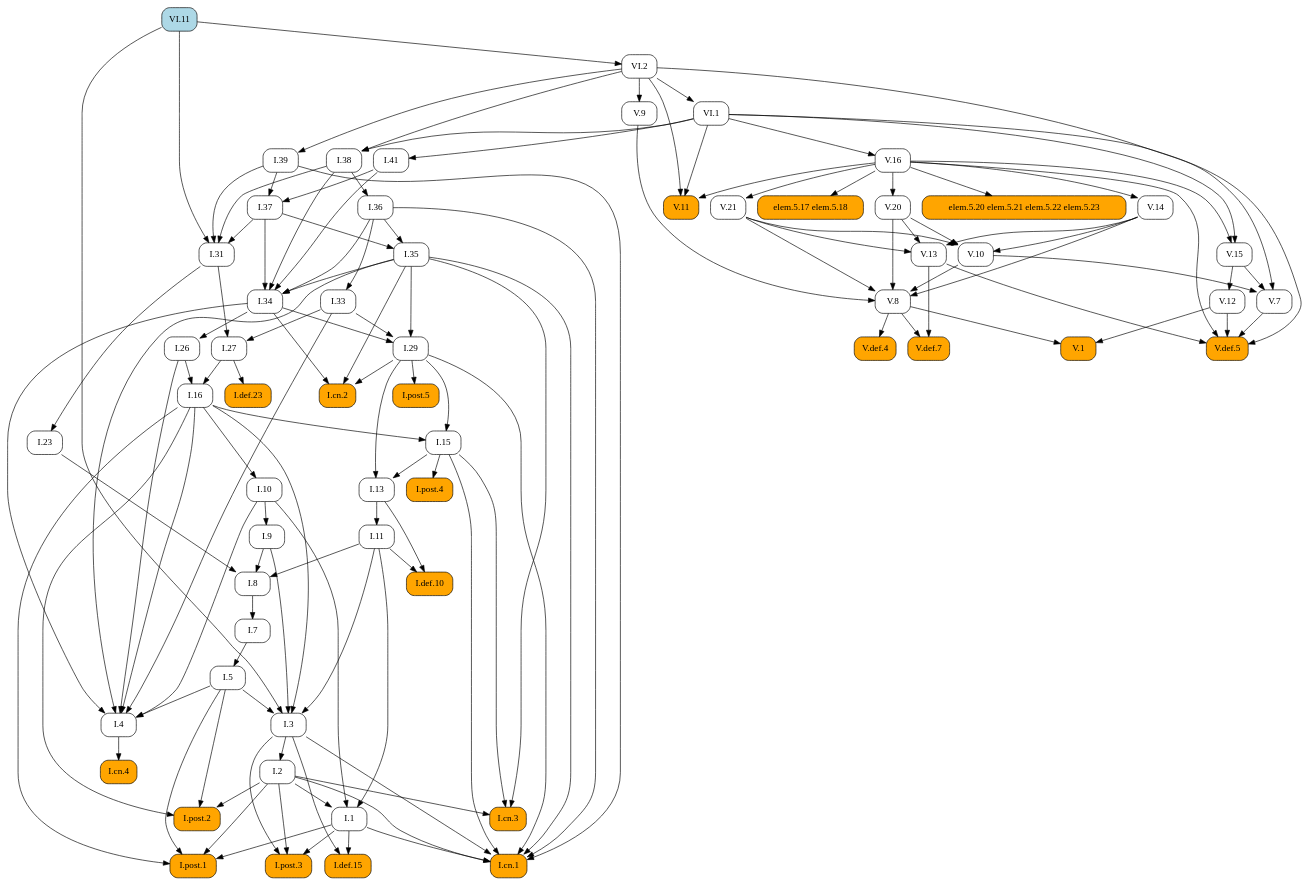
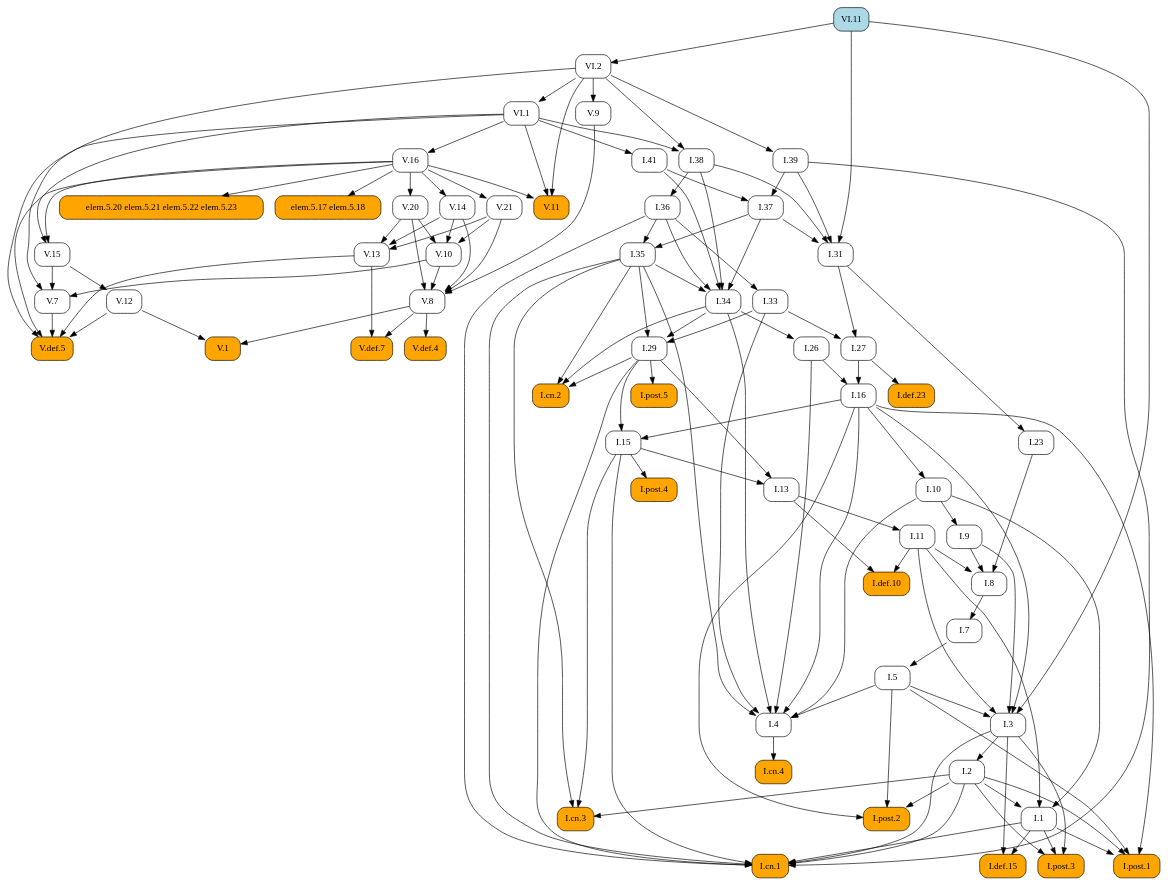
The diagram in docsrc/elements2/VI/11/index.rst (geometor/elements), drawn with Graphviz before and after one commit. The commit also changed other lines of this file and 409 other files, not shown here.

First line of the commit message:
feat: Add image cropping and graphic extraction script

```diff
--- a/docsrc/elements2/VI/11/index.rst
+++ b/docsrc/elements2/VI/11/index.rst
@@ -37,137 +37,92 @@
    digraph {
      rankdir="TB";
      node [shape=box, style=rounded];
+     "I.37" [URL="/elements2/I/37/", target="_top"];
+     "V.21" [URL="/elements2/V/21/", target="_top"];
+     "I.31" [URL="/elements2/I/31/", target="_top"];
+     "I.41" [URL="/elements2/I/41/", target="_top"];
      "I.8" [URL="/elements2/I/8/", target="_top"];
+     "V.10" [URL="/elements2/V/10/", target="_top"];
+     "V.8" [URL="/elements2/V/8/", target="_top"];
+     "VI.1" [URL="/elements2/VI/1/", target="_top"];
+     "I.15" [URL="/elements2/I/15/", target="_top"];
+     "I.5" [URL="/elements2/I/5/", target="_top"];
+     "V.def.7" [style="rounded,filled", fillcolor=orange, URL="/elements2/V/def.7/", target="_top"];
+     "V.12" [URL="/elements2/V/12/", target="_top"];
+     "I.26" [URL="/elements2/I/26/", target="_top"];
+     "I.cn.1" [style="rounded,filled", fillcolor=orange, URL="/elements2/I/cn.1/", target="_top"];
+     "elem.5.20 elem.5.21 elem.5.22 elem.5.23" [style="rounded,filled", fillcolor=orange];
+     "VI.11" [style="rounded,filled", fillcolor=lightblue, URL="/elements2/VI/11/", target="_top"];
+     "I.7" [URL="/elements2/I/7/", target="_top"];
+     "V.def.5" [style="rounded,filled", fillcolor=orange, URL="/elements2/V/def.5/", target="_top"];
+     "I.23" [URL="/elements2/I/23/", target="_top"];
+     "I.16" [URL="/elements2/I/16/", target="_top"];
+     "V.9" [URL="/elements2/V/9/", target="_top"];
+     "I.34" [URL="/elements2/I/34/", target="_top"];
+     "I.35" [URL="/elements2/I/35/", target="_top"];
+     "I.33" [URL="/elements2/I/33/", target="_top"];
+     "V.15" [URL="/elements2/V/15/", target="_top"];
+     "V.14" [URL="/elements2/V/14/", target="_top"];
+     "I.def.15" [style="rounded,filled", fillcolor=orange, URL="/elements2/I/def.15/", target="_top"];
+     "elem.5.17 elem.5.18" [style="rounded,filled", fillcolor=orange];
+     "I.38" [URL="/elements2/I/38/", target="_top"];
      "V.20" [URL="/elements2/V/20/", target="_top"];
+     "I.def.23" [style="rounded,filled", fillcolor=orange, URL="/elements2/I/def.23/", target="_top"];
+     "I.post.4" [style="rounded,filled", fillcolor=orange, URL="/elements2/I/post.4/", target="_top"];
+     "V.16" [URL="/elements2/V/16/", target="_top"];
+     "I.11" [URL="/elements2/I/11/", target="_top"];
+     "I.post.5" [style="rounded,filled", fillcolor=orange, URL="/elements2/I/post.5/", target="_top"];
+     "I.def.10" [style="rounded,filled", fillcolor=orange, URL="/elements2/I/def.10/", target="_top"];
+     "I.3" [URL="/elements2/I/3/", target="_top"];
+     "I.10" [URL="/elements2/I/10/", target="_top"];
+     "V.11" [style="rounded,filled", fillcolor=orange, URL="/elements2/V/11/", target="_top"];
+     "I.cn.3" [style="rounded,filled", fillcolor=orange, URL="/elements2/I/cn.3/", target="_top"];
+     "I.13" [URL="/elements2/I/13/", target="_top"];
+     "I.post.3" [style="rounded,filled", fillcolor=orange, URL="/elements2/I/post.3/", target="_top"];
+     "I.4" [URL="/elements2/I/4/", target="_top"];
+     "I.9" [URL="/elements2/I/9/", target="_top"];
+     "I.29" [URL="/elements2/I/29/", target="_top"];
+     "I.39" [URL="/elements2/I/39/", target="_top"];
      "I.36" [URL="/elements2/I/36/", target="_top"];
-     "V.def.5" [style="rounded,filled", fillcolor=orange, URL="/elements2/V/def.5/", target="_top"];
-     "V.def.7" [style="rounded,filled", fillcolor=orange, URL="/elements2/V/def.7/", target="_top"];
+     "V.13" [URL="/elements2/V/13/", target="_top"];
+     "I.2" [URL="/elements2/I/2/", target="_top"];
      "I.post.1" [style="rounded,filled", fillcolor=orange, URL="/elements2/I/post.1/", target="_top"];
      "V.def.4" [style="rounded,filled", fillcolor=orange, URL="/elements2/V/def.4/", target="_top"];
-     "I.33" [URL="/elements2/I/33/", target="_top"];
-     "I.5" [URL="/elements2/I/5/", target="_top"];
-     "I.38" [URL="/elements2/I/38/", target="_top"];
-     "elem.5.17 elem.5.18" [style="rounded,filled", fillcolor=orange];
-     "VI.1" [URL="/elements2/VI/1/", target="_top"];
-     "V.11" [style="rounded,filled", fillcolor=orange, URL="/elements2/V/11/", target="_top"];
-     "I.post.5" [style="rounded,filled", fillcolor=orange, URL="/elements2/I/post.5/", target="_top"];
-     "V.13" [URL="/elements2/V/13/", target="_top"];
-     "I.def.10" [style="rounded,filled", fillcolor=orange, URL="/elements2/I/def.10/", target="_top"];
+     "VI.2" [URL="/elements2/VI/2/", target="_top"];
+     "I.27" [URL="/elements2/I/27/", target="_top"];
+     "V.1" [style="rounded,filled", fillcolor=orange, URL="/elements2/V/1/", target="_top"];
+     "I.1" [URL="/elements2/I/1/", target="_top"];
      "I.cn.2" [style="rounded,filled", fillcolor=orange, URL="/elements2/I/cn.2/", target="_top"];
-     "VI.11" [style="rounded,filled", fillcolor=lightblue, URL="/elements2/VI/11/", target="_top"];
-     "I.def.15" [style="rounded,filled", fillcolor=orange, URL="/elements2/I/def.15/", target="_top"];
-     "V.9" [URL="/elements2/V/9/", target="_top"];
-     "V.16" [URL="/elements2/V/16/", target="_top"];
-     "I.31" [URL="/elements2/I/31/", target="_top"];
-     "V.15" [URL="/elements2/V/15/", target="_top"];
-     "I.11" [URL="/elements2/I/11/", target="_top"];
-     "I.3" [URL="/elements2/I/3/", target="_top"];
+     "V.7" [URL="/elements2/V/7/", target="_top"];
+     "I.cn.4" [style="rounded,filled", fillcolor=orange, URL="/elements2/I/cn.4/", target="_top"];
      "I.post.2" [style="rounded,filled", fillcolor=orange, URL="/elements2/I/post.2/", target="_top"];
-     "I.def.23" [style="rounded,filled", fillcolor=orange, URL="/elements2/I/def.23/", target="_top"];
-     "I.26" [URL="/elements2/I/26/", target="_top"];
-     "V.14" [URL="/elements2/V/14/", target="_top"];
-     "V.10" [URL="/elements2/V/10/", target="_top"];
-     "I.1" [URL="/elements2/I/1/", target="_top"];
-     "I.cn.3" [style="rounded,filled", fillcolor=orange, URL="/elements2/I/cn.3/", target="_top"];
-     "I.cn.4" [style="rounded,filled", fillcolor=orange, URL="/elements2/I/cn.4/", target="_top"];
-     "I.7" [URL="/elements2/I/7/", target="_top"];
-     "I.9" [URL="/elements2/I/9/", target="_top"];
-     "V.7" [URL="/elements2/V/7/", target="_top"];
-     "I.cn.1" [style="rounded,filled", fillcolor=orange, URL="/elements2/I/cn.1/", target="_top"];
-     "I.29" [URL="/elements2/I/29/", target="_top"];
-     "I.16" [URL="/elements2/I/16/", target="_top"];
-     "V.1" [style="rounded,filled", fillcolor=orange, URL="/elements2/V/1/", target="_top"];
-     "V.12" [URL="/elements2/V/12/", target="_top"];
-     "V.21" [URL="/elements2/V/21/", target="_top"];
-     "elem.5.20 elem.5.21 elem.5.22 elem.5.23" [style="rounded,filled", fillcolor=orange];
-     "I.41" [URL="/elements2/I/41/", target="_top"];
-     "I.35" [URL="/elements2/I/35/", target="_top"];
-     "I.2" [URL="/elements2/I/2/", target="_top"];
-     "I.13" [URL="/elements2/I/13/", target="_top"];
-     "I.27" [URL="/elements2/I/27/", target="_top"];
-     "I.37" [URL="/elements2/I/37/", target="_top"];
-     "I.4" [URL="/elements2/I/4/", target="_top"];
-     "V.8" [URL="/elements2/V/8/", target="_top"];
-     "VI.2" [URL="/elements2/VI/2/", target="_top"];
-     "I.39" [URL="/elements2/I/39/", target="_top"];
-     "I.10" [URL="/elements2/I/10/", target="_top"];
-     "I.15" [URL="/elements2/I/15/", target="_top"];
-     "I.post.4" [style="rounded,filled", fillcolor=orange, URL="/elements2/I/post.4/", target="_top"];
-     "I.34" [URL="/elements2/I/34/", target="_top"];
-     "I.23" [URL="/elements2/I/23/", target="_top"];
-     "I.post.3" [style="rounded,filled", fillcolor=orange, URL="/elements2/I/post.3/", target="_top"];
-     "I.9" -> "I.8";
-     "I.11" -> "I.8";
-     "I.23" -> "I.8";
-     "V.16" -> "V.20";
-     "I.38" -> "I.36";
-     "V.7" -> "V.def.5";
-     "V.12" -> "V.def.5";
-     "V.13" -> "V.def.5";
-     "V.16" -> "V.def.5";
-     "VI.1" -> "V.def.5";
-     "V.8" -> "V.def.7";
-     "V.13" -> "V.def.7";
-     "I.1" -> "I.post.1";
-     "I.2" -> "I.post.1";
-     "I.5" -> "I.post.1";
-     "I.16" -> "I.post.1";
-     "V.8" -> "V.def.4";
-     "I.36" -> "I.33";
-     "I.7" -> "I.5";
-     "VI.1" -> "I.38";
-     "VI.2" -> "I.38";
-     "V.16" -> "elem.5.17 elem.5.18";
-     "VI.2" -> "VI.1";
-     "V.16" -> "V.11";
-     "VI.1" -> "V.11";
-     "VI.2" -> "V.11";
-     "I.29" -> "I.post.5";
-     "V.14" -> "V.13";
-     "V.20" -> "V.13";
-     "V.21" -> "V.13";
-     "I.11" -> "I.def.10";
-     "I.13" -> "I.def.10";
-     "I.29" -> "I.cn.2";
-     "I.34" -> "I.cn.2";
-     "I.35" -> "I.cn.2";
-     "I.1" -> "I.def.15";
-     "I.3" -> "I.def.15";
-     "VI.2" -> "V.9";
-     "VI.1" -> "V.16";
+     "I.39" -> "I.37";
+     "I.41" -> "I.37";
+     "V.16" -> "V.21";
      "I.37" -> "I.31";
      "I.38" -> "I.31";
      "I.39" -> "I.31";
      "VI.11" -> "I.31";
-     "V.16" -> "V.15";
-     "VI.1" -> "V.15";
-     "I.13" -> "I.11";
-     "I.5" -> "I.3";
-     "I.9" -> "I.3";
-     "I.11" -> "I.3";
-     "I.16" -> "I.3";
-     "VI.11" -> "I.3";
-     "I.2" -> "I.post.2";
-     "I.5" -> "I.post.2";
-     "I.16" -> "I.post.2";
-     "I.27" -> "I.def.23";
-     "I.34" -> "I.26";
-     "V.16" -> "V.14";
+     "VI.1" -> "I.41";
+     "I.9" -> "I.8";
+     "I.11" -> "I.8";
+     "I.23" -> "I.8";
      "V.14" -> "V.10";
      "V.20" -> "V.10";
      "V.21" -> "V.10";
-     "I.2" -> "I.1";
-     "I.10" -> "I.1";
-     "I.11" -> "I.1";
-     "I.2" -> "I.cn.3";
-     "I.15" -> "I.cn.3";
-     "I.35" -> "I.cn.3";
-     "I.4" -> "I.cn.4";
-     "I.8" -> "I.7";
-     "I.10" -> "I.9";
-     "V.10" -> "V.7";
-     "V.15" -> "V.7";
-     "VI.2" -> "V.7";
+     "V.9" -> "V.8";
+     "V.10" -> "V.8";
+     "V.14" -> "V.8";
+     "V.20" -> "V.8";
+     "V.21" -> "V.8";
+     "VI.2" -> "VI.1";
+     "I.16" -> "I.15";
+     "I.29" -> "I.15";
+     "I.7" -> "I.5";
+     "V.8" -> "V.def.7";
+     "V.13" -> "V.def.7";
+     "V.15" -> "V.12";
+     "I.34" -> "I.26";
      "I.1" -> "I.cn.1";
      "I.2" -> "I.cn.1";
      "I.3" -> "I.cn.1";
@@ -176,26 +131,58 @@
      "I.35" -> "I.cn.1";
      "I.36" -> "I.cn.1";
      "I.39" -> "I.cn.1";
-     "I.33" -> "I.29";
-     "I.34" -> "I.29";
-     "I.35" -> "I.29";
+     "V.16" -> "elem.5.20 elem.5.21 elem.5.22 elem.5.23";
+     "I.8" -> "I.7";
+     "V.7" -> "V.def.5";
+     "V.12" -> "V.def.5";
+     "V.13" -> "V.def.5";
+     "V.16" -> "V.def.5";
+     "VI.1" -> "V.def.5";
+     "I.31" -> "I.23";
      "I.26" -> "I.16";
      "I.27" -> "I.16";
-     "V.8" -> "V.1";
-     "V.12" -> "V.1";
-     "V.15" -> "V.12";
-     "V.16" -> "V.21";
-     "V.16" -> "elem.5.20 elem.5.21 elem.5.22 elem.5.23";
-     "VI.1" -> "I.41";
+     "VI.2" -> "V.9";
+     "I.35" -> "I.34";
+     "I.36" -> "I.34";
+     "I.37" -> "I.34";
+     "I.38" -> "I.34";
+     "I.41" -> "I.34";
      "I.36" -> "I.35";
      "I.37" -> "I.35";
-     "I.3" -> "I.2";
+     "I.36" -> "I.33";
+     "V.16" -> "V.15";
+     "VI.1" -> "V.15";
+     "V.16" -> "V.14";
+     "I.1" -> "I.def.15";
+     "I.3" -> "I.def.15";
+     "V.16" -> "elem.5.17 elem.5.18";
+     "VI.1" -> "I.38";
+     "VI.2" -> "I.38";
+     "V.16" -> "V.20";
+     "I.27" -> "I.def.23";
+     "I.15" -> "I.post.4";
+     "VI.1" -> "V.16";
+     "I.13" -> "I.11";
+     "I.29" -> "I.post.5";
+     "I.11" -> "I.def.10";
+     "I.13" -> "I.def.10";
+     "I.5" -> "I.3";
+     "I.9" -> "I.3";
+     "I.11" -> "I.3";
+     "I.16" -> "I.3";
+     "VI.11" -> "I.3";
+     "I.16" -> "I.10";
+     "V.16" -> "V.11";
+     "VI.1" -> "V.11";
+     "VI.2" -> "V.11";
+     "I.2" -> "I.cn.3";
+     "I.15" -> "I.cn.3";
+     "I.35" -> "I.cn.3";
      "I.15" -> "I.13";
      "I.29" -> "I.13";
-     "I.31" -> "I.27";
-     "I.33" -> "I.27";
-     "I.39" -> "I.37";
-     "I.41" -> "I.37";
+     "I.1" -> "I.post.3";
+     "I.2" -> "I.post.3";
+     "I.3" -> "I.post.3";
      "I.5" -> "I.4";
      "I.10" -> "I.4";
      "I.16" -> "I.4";
@@ -203,24 +190,37 @@
      "I.33" -> "I.4";
      "I.34" -> "I.4";
      "I.35" -> "I.4";
-     "V.9" -> "V.8";
-     "V.10" -> "V.8";
-     "V.14" -> "V.8";
-     "V.20" -> "V.8";
-     "V.21" -> "V.8";
+     "I.10" -> "I.9";
+     "I.33" -> "I.29";
+     "I.34" -> "I.29";
+     "I.35" -> "I.29";
+     "VI.2" -> "I.39";
+     "I.38" -> "I.36";
+     "V.14" -> "V.13";
+     "V.20" -> "V.13";
+     "V.21" -> "V.13";
+     "I.3" -> "I.2";
+     "I.1" -> "I.post.1";
+     "I.2" -> "I.post.1";
+     "I.5" -> "I.post.1";
+     "I.16" -> "I.post.1";
+     "V.8" -> "V.def.4";
      "VI.11" -> "VI.2";
-     "VI.2" -> "I.39";
-     "I.16" -> "I.10";
-     "I.16" -> "I.15";
-     "I.29" -> "I.15";
-     "I.15" -> "I.post.4";
-     "I.35" -> "I.34";
-     "I.36" -> "I.34";
-     "I.37" -> "I.34";
-     "I.38" -> "I.34";
-     "I.41" -> "I.34";
-     "I.31" -> "I.23";
-     "I.1" -> "I.post.3";
-     "I.2" -> "I.post.3";
-     "I.3" -> "I.post.3";
+     "I.31" -> "I.27";
+     "I.33" -> "I.27";
+     "V.8" -> "V.1";
+     "V.12" -> "V.1";
+     "I.2" -> "I.1";
+     "I.10" -> "I.1";
+     "I.11" -> "I.1";
+     "I.29" -> "I.cn.2";
+     "I.34" -> "I.cn.2";
+     "I.35" -> "I.cn.2";
+     "V.10" -> "V.7";
+     "V.15" -> "V.7";
+     "VI.2" -> "V.7";
+     "I.4" -> "I.cn.4";
+     "I.2" -> "I.post.2";
+     "I.5" -> "I.post.2";
+     "I.16" -> "I.post.2";
    }
```
